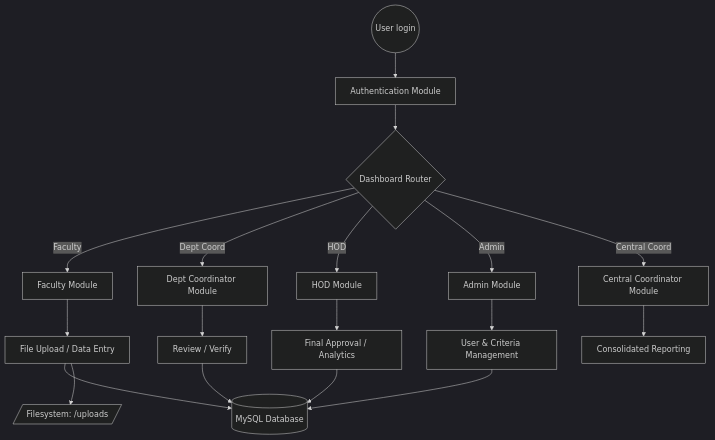
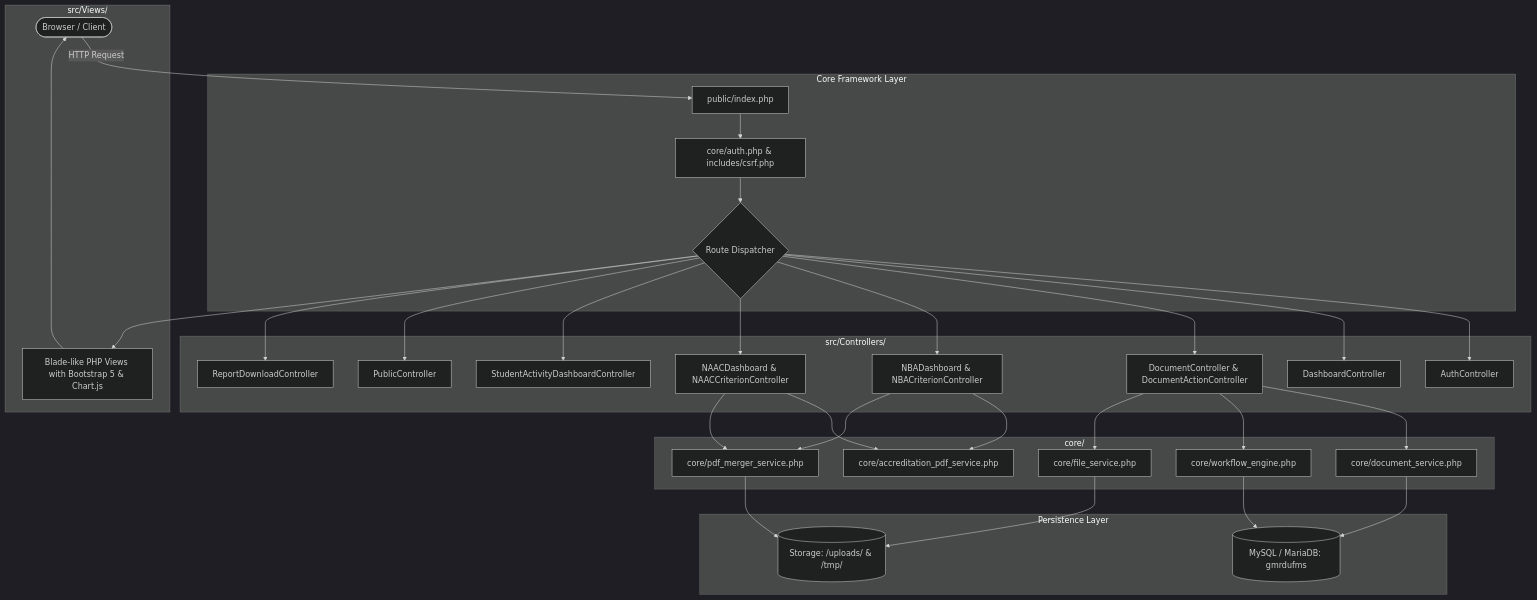
Before and after one commit to Karanam-Gowtham/FMS: the first of 3 diagrams in Project_Methodology_and_Flow.md, drawn with Mermaid (dark theme). The commit also changed other lines of this file and 3 other files, not shown here.

````diff
--- a/Project_Methodology_and_Flow.md
+++ b/Project_Methodology_and_Flow.md
@@ -28,23 +26,38 @@
 ```mermaid
 graph TD
-    User((User login)) --> Auth[Authentication Module]
-    Auth --> Dashboard{Dashboard Router}
+    Client([Browser / Client]) -->|HTTP Request| Router[public/index.php]
     
-    %% Role-Specific Dashboards
-    Dashboard -- Faculty --> FacMod[Faculty Module]
-    Dashboard -- Dept Coord --> DCMod[Dept Coordinator Module]
-    Dashboard -- HOD --> HODMod[HOD Module]
-    Dashboard -- Admin --> AdminMod[Admin Module]
-    Dashboard -- Central Coord --> CCMod[Central Coordinator Module]
-    
-    %% Core Operations
-    FacMod --> Upload[File Upload / Data Entry]
-    DCMod --> Review[Review / Verify]
-    HODMod --> FinalApprove[Final Approval / Analytics]
-    CCMod --> Consolidation[Consolidated Reporting]
-    AdminMod --> Config[User & Criteria Management]
-    
-    %% Shared Infrastructure
-    Upload & Review & FinalApprove & Config --> DB[(MySQL Database)]
-    Upload --> Storage[/Filesystem: /uploads/]
+    subgraph Core Framework Layer
+        Router --> AuthGuards[core/auth.php & includes/csrf.php]
+        AuthGuards --> Dispatcher{Route Dispatcher}
+    end
+
+    subgraph Controller Layer [src/Controllers/]
+        Dispatcher --> AuthCtrl[AuthController]
+        Dispatcher --> DashCtrl[DashboardController]
+        Dispatcher --> DocCtrl[DocumentController & DocumentActionController]
+        Dispatcher --> NBACtrl[NBADashboard & NBACriterionController]
+        Dispatcher --> NAACCtrl[NAACDashboard & NAACCriterionController]
+        Dispatcher --> SACtrl[StudentActivityDashboardController]
+        Dispatcher --> PubCtrl[PublicController]
+        Dispatcher --> RepCtrl[ReportDownloadController]
+    end
+
+    subgraph Service & Engine Layer [core/]
+        DocCtrl --> DocSvc[core/document_service.php]
+        DocCtrl --> WfEngine[core/workflow_engine.php]
+        DocCtrl --> FileSvc[core/file_service.php]
+        NBACtrl & NAACCtrl --> PdfSvc[core/accreditation_pdf_service.php]
+        NBACtrl & NAACCtrl --> MergeSvc[core/pdf_merger_service.php]
+    end
+
+    subgraph Persistence Layer
+        DocSvc & WfEngine --> DB[(MySQL / MariaDB: gmrdufms)]
+        FileSvc & MergeSvc --> Storage[(Storage: /uploads/ & /tmp/)]
+    end
+
+    subgraph Presentation Layer [src/Views/]
+        Dispatcher --> Views[Blade-like PHP Views with Bootstrap 5 & Chart.js]
+        Views --> Client
+    end
 ```
````
